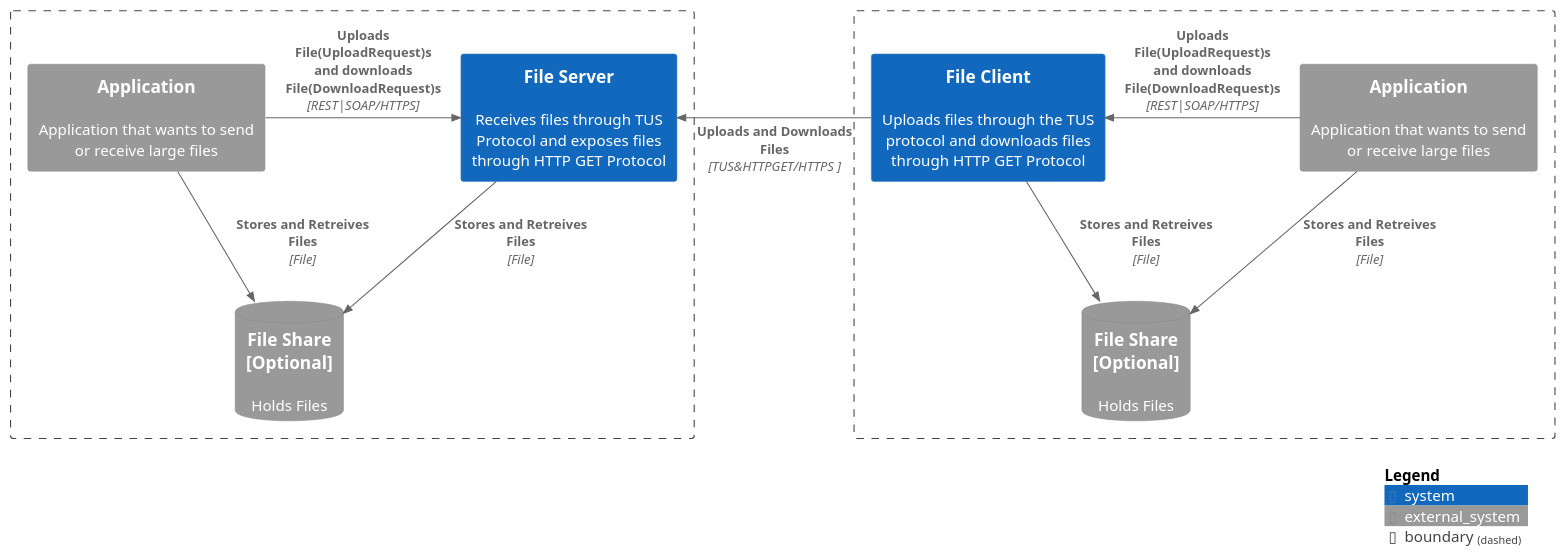
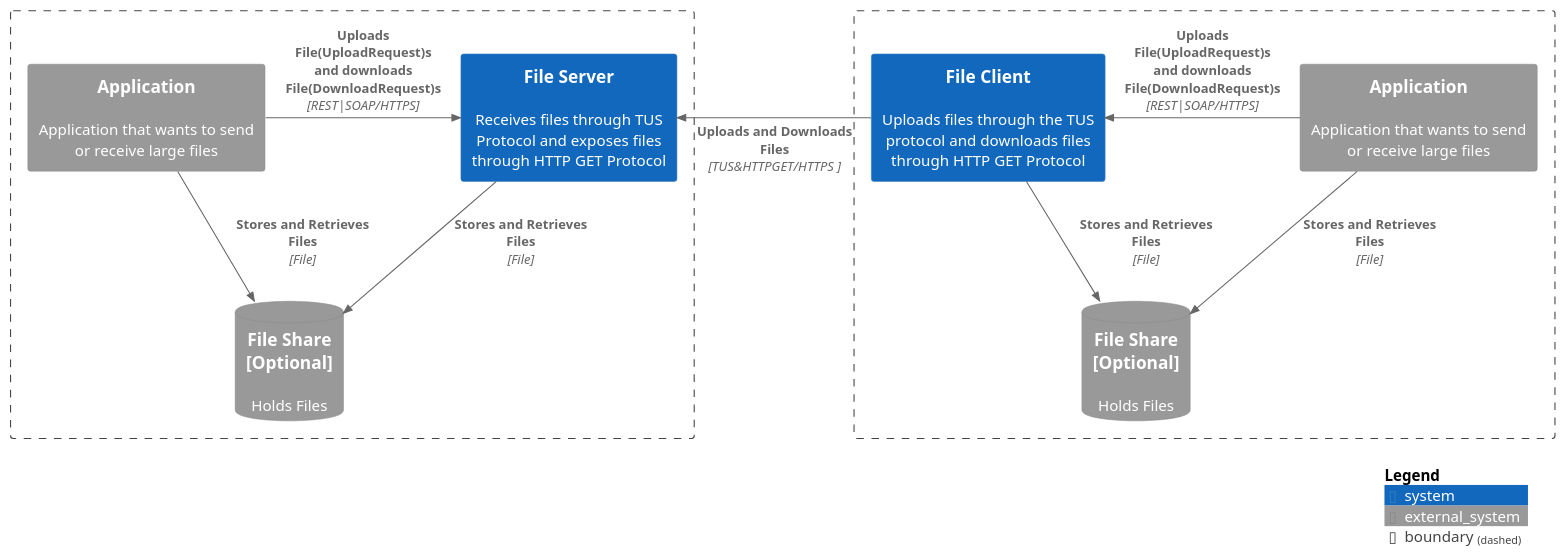
The diagram in docs/img/Context Digram.puml (eluinstra/file-server-documentation), drawn with PlantUML before and after one commit. The commit also changed 16 other files, not shown here.

```diff
--- a/docs/img/Context Digram.puml
+++ b/docs/img/Context Digram.puml
@@ -1,28 +1,28 @@
 @startuml
 !include <C4/C4_Container>
 ' !include https://raw.githubusercontent.com/plantuml-stdlib/C4-PlantUML/master/C4_Container.puml
 
 skinparam backgroundColor transparent
 
 Boundary(b0, "", "") {
     System_Ext(app0, "Application", "Application that wants to send or receive large files")
     SystemDb_Ext(file0, "File Share\n[Optional]", "Holds Files")
     System(fs, "File Server", "Receives files through TUS Protocol and exposes files through HTTP GET Protocol")
 }
 Boundary(b1, "", "") {
     System(fc, "File Client", "Uploads files through the TUS protocol and downloads files through HTTP GET Protocol")
     System_Ext(app1, "Application", "Application that wants to send or receive large files")
     SystemDb_Ext(file1, "File Share\n[Optional]", "Holds Files")
 }
 
 Rel_R(app0, fs, "Uploads File(UploadRequest)s and downloads File(DownloadRequest)s", "REST|SOAP/HTTPS")
-Rel(app0, file0, "Stores and Retreives Files", "File")
-Rel(fs, file0, "Stores and Retreives Files", "File")
+Rel(app0, file0, "Stores and Retrieves Files", "File")
+Rel(fs, file0, "Stores and Retrieves Files", "File")
 Rel_L(fc, fs, "Uploads and Downloads Files", "TUS&HTTPGET/HTTPS ")
 Rel_L(app1, fc, "Uploads File(UploadRequest)s and downloads File(DownloadRequest)s", "REST|SOAP/HTTPS")
-Rel(app1, file1, "Stores and Retreives Files", "File")
-Rel(fc, file1, "Stores and Retreives Files", "File")
+Rel(app1, file1, "Stores and Retrieves Files", "File")
+Rel(fc, file1, "Stores and Retrieves Files", "File")
 
 SHOW_DYNAMIC_LEGEND()
 
 @enduml
```
